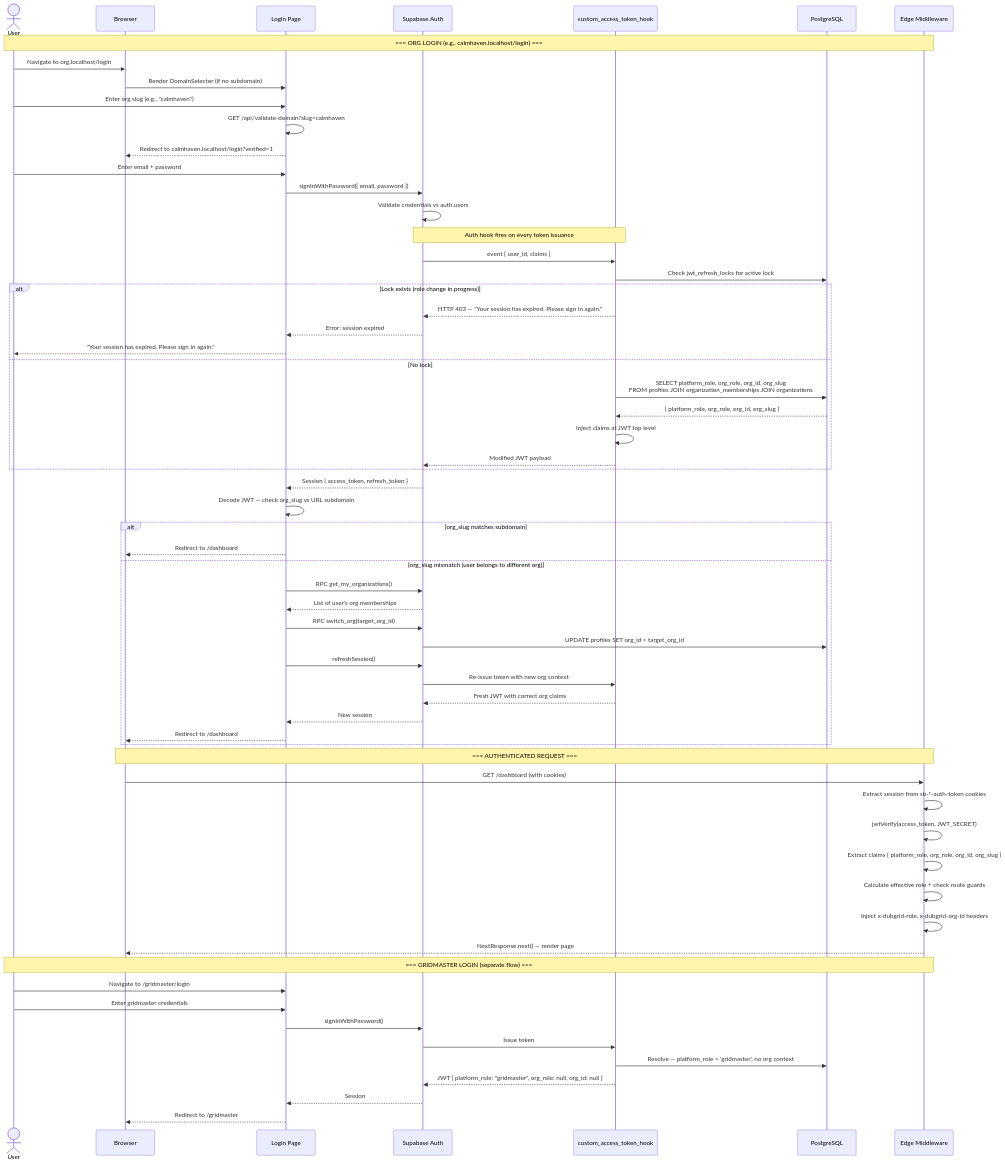
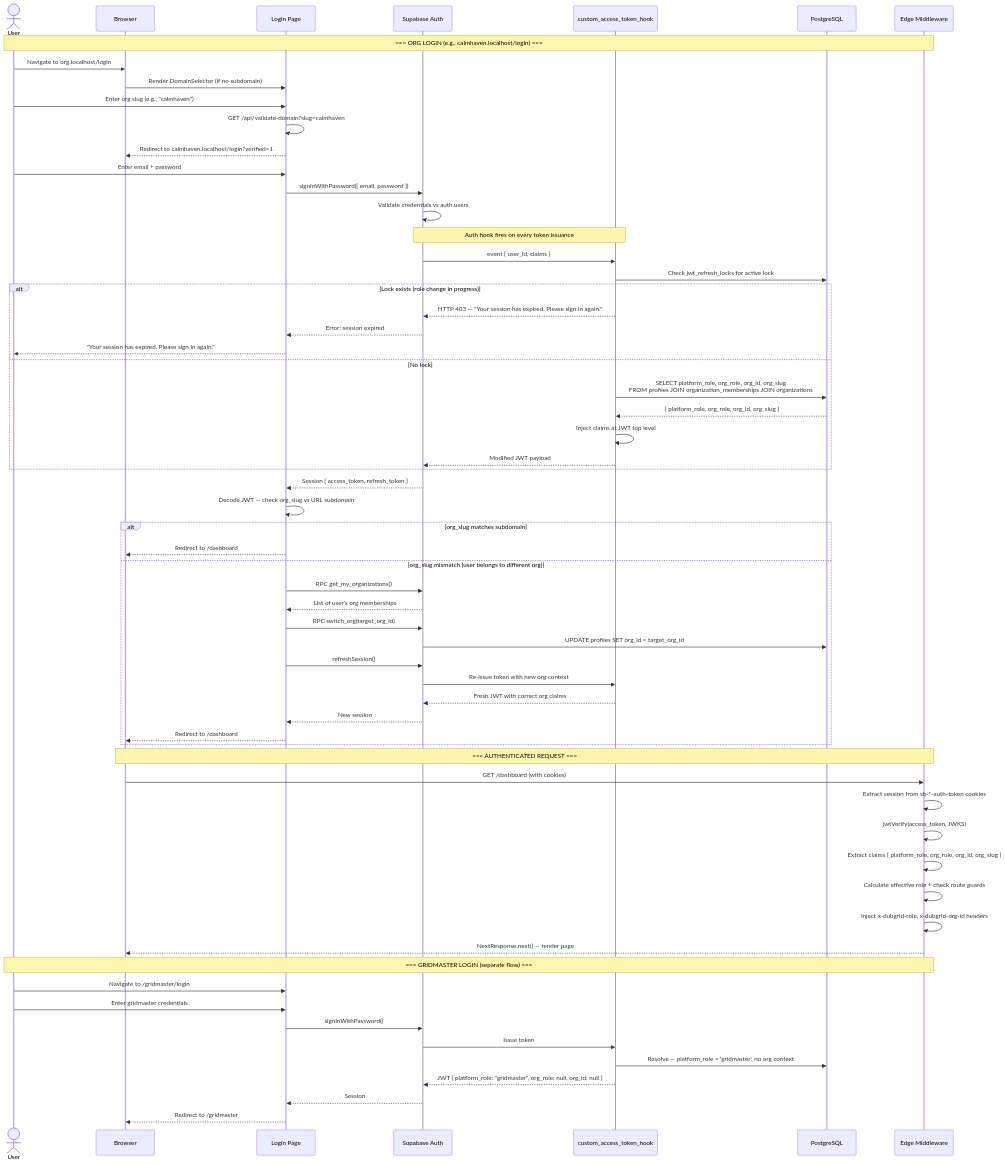
One commit to nickosmas/dub-grid changed the first of 10 diagrams in SYSTEM_FLOWCHARTS.md. Above: the diagram before and after it, drawn with Mermaid. The commit also changed other lines of this file and 10 other files, not shown here.

````diff
--- a/SYSTEM_FLOWCHARTS.md
+++ b/SYSTEM_FLOWCHARTS.md
@@ -9,75 +9,75 @@
 ```mermaid
 sequenceDiagram
     actor User
     participant Browser
     participant LoginPage as Login Page
     participant SupaAuth as Supabase Auth
     participant JWTHook as custom_access_token_hook
     participant DB as PostgreSQL
     participant Middleware as Edge Middleware
 
     Note over User,Middleware: === ORG LOGIN (e.g., calmhaven.localhost/login) ===
 
     User->>Browser: Navigate to org.localhost/login
     Browser->>LoginPage: Render DomainSelector (if no subdomain)
     User->>LoginPage: Enter org slug (e.g., "calmhaven")
     LoginPage->>LoginPage: GET /api/validate-domain?slug=calmhaven
     LoginPage-->>Browser: Redirect to calmhaven.localhost/login?verified=1
 
     User->>LoginPage: Enter email + password
     LoginPage->>SupaAuth: signInWithPassword({ email, password })
     SupaAuth->>SupaAuth: Validate credentials vs auth.users
 
     Note over SupaAuth,JWTHook: Auth hook fires on every token issuance
 
     SupaAuth->>JWTHook: event { user_id, claims }
     JWTHook->>DB: Check jwt_refresh_locks for active lock
     alt Lock exists (role change in progress)
         JWTHook-->>SupaAuth: HTTP 403 — "Your session has expired. Please sign in again."
         SupaAuth-->>LoginPage: Error: session expired
         LoginPage-->>User: "Your session has expired. Please sign in again."
     else No lock
         JWTHook->>DB: SELECT platform_role, org_role, org_id, org_slug<br/>FROM profiles JOIN organization_memberships JOIN organizations
         DB-->>JWTHook: { platform_role, org_role, org_id, org_slug }
         JWTHook->>JWTHook: Inject claims at JWT top level
         JWTHook-->>SupaAuth: Modified JWT payload
     end
 
     SupaAuth-->>LoginPage: Session { access_token, refresh_token }
     LoginPage->>LoginPage: Decode JWT — check org_slug vs URL subdomain
 
     alt org_slug matches subdomain
         LoginPage-->>Browser: Redirect to /dashboard
     else org_slug mismatch (user belongs to different org)
         LoginPage->>SupaAuth: RPC get_my_organizations()
         SupaAuth-->>LoginPage: List of user's org memberships
         LoginPage->>SupaAuth: RPC switch_org(target_org_id)
         SupaAuth->>DB: UPDATE profiles SET org_id = target_org_id
         LoginPage->>SupaAuth: refreshSession()
         SupaAuth->>JWTHook: Re-issue token with new org context
         JWTHook-->>SupaAuth: Fresh JWT with correct org claims
         SupaAuth-->>LoginPage: New session
         LoginPage-->>Browser: Redirect to /dashboard
     end
 
     Note over Browser,Middleware: === AUTHENTICATED REQUEST ===
 
     Browser->>Middleware: GET /dashboard (with cookies)
     Middleware->>Middleware: Extract session from sb-*-auth-token cookies
-    Middleware->>Middleware: jwtVerify(access_token, JWT_SECRET)
+    Middleware->>Middleware: jwtVerify(access_token, JWKS)
     Middleware->>Middleware: Extract claims { platform_role, org_role, org_id, org_slug }
     Middleware->>Middleware: Calculate effective role + check route guards
     Middleware->>Middleware: Inject x-dubgrid-role, x-dubgrid-org-id headers
     Middleware-->>Browser: NextResponse.next() — render page
 
     Note over User,Middleware: === GRIDMASTER LOGIN (separate flow) ===
 
     User->>LoginPage: Navigate to /gridmaster/login
     User->>LoginPage: Enter gridmaster credentials
     LoginPage->>SupaAuth: signInWithPassword()
     SupaAuth->>JWTHook: Issue token
     JWTHook->>DB: Resolve — platform_role = 'gridmaster', no org context
     JWTHook-->>SupaAuth: JWT { platform_role: "gridmaster", org_role: null, org_id: null }
     SupaAuth-->>LoginPage: Session
     LoginPage-->>Browser: Redirect to /gridmaster
 ```
````
